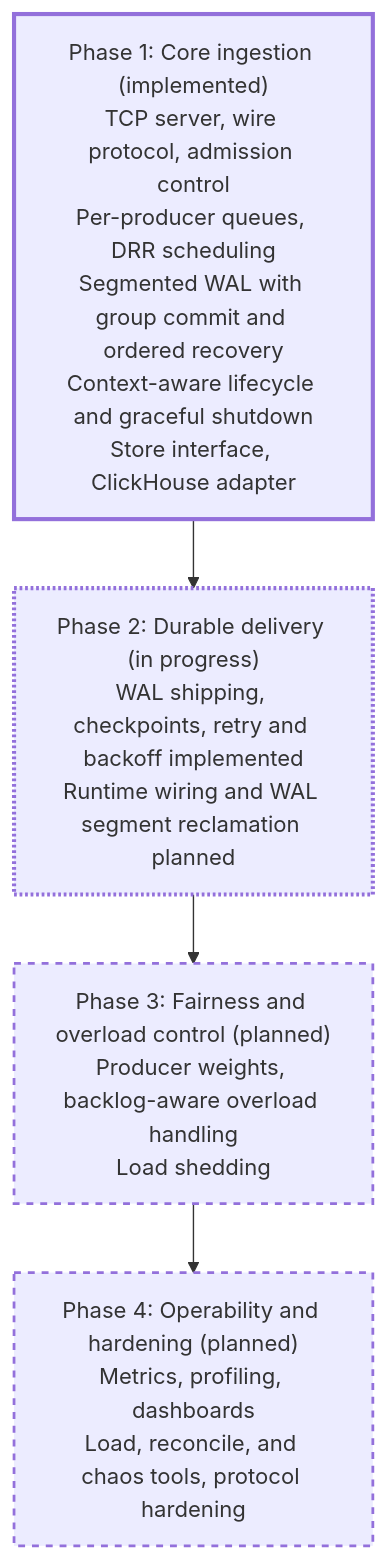
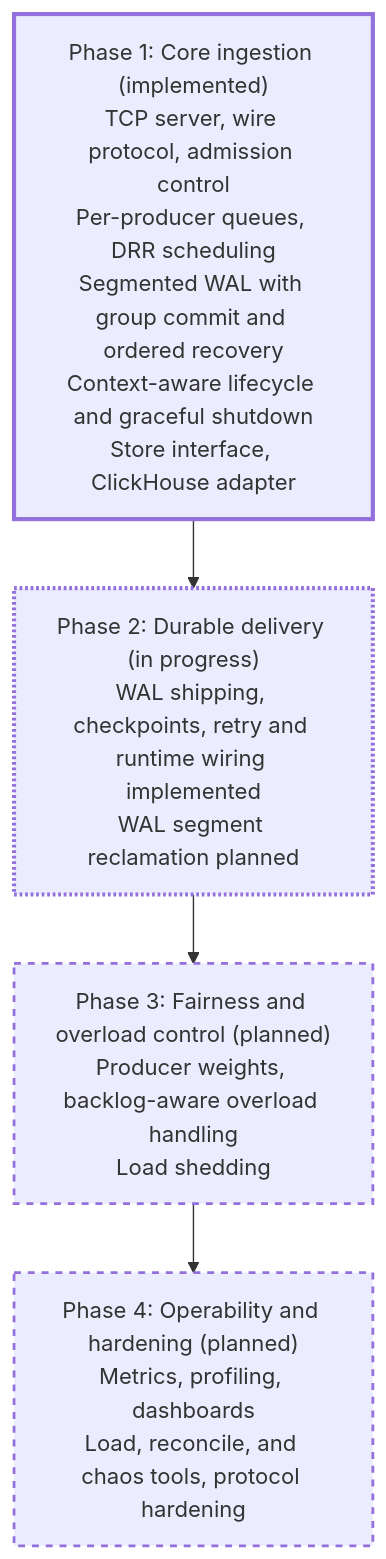
Before and after one commit to PratyushVishal11011/Fairgate: diagram 14 of 14 in README.md, drawn with Mermaid. The commit also changed other lines of this file and 4 other files, not shown here.

````diff
--- a/README.md
+++ b/README.md
@@ -637,16 +675,16 @@
 ```mermaid
 flowchart TD
     P1["Phase 1: Core ingestion (implemented)<br/>TCP server, wire protocol, admission control<br/>Per-producer queues, DRR scheduling<br/>Segmented WAL with group commit and ordered recovery<br/>Context-aware lifecycle and graceful shutdown<br/>Store interface, ClickHouse adapter"]
-    P2["Phase 2: Durable delivery (in progress)<br/>WAL shipping, checkpoints, retry and backoff implemented<br/>Runtime wiring and WAL segment reclamation planned"]
+    P2["Phase 2: Durable delivery (in progress)<br/>WAL shipping, checkpoints, retry and runtime wiring implemented<br/>WAL segment reclamation planned"]
     P3["Phase 3: Fairness and overload control (planned)<br/>Producer weights, backlog-aware overload handling<br/>Load shedding"]
     P4["Phase 4: Operability and hardening (planned)<br/>Metrics, profiling, dashboards<br/>Load, reconcile, and chaos tools, protocol hardening"]
 
     P1 --> P2 --> P3 --> P4
 
     classDef done stroke-width:3px;
     classDef active stroke-dasharray: 2 2,stroke-width:3px;
     classDef planned stroke-dasharray: 5 5,stroke-width:2px;
     class P1 done;
     class P2 active;
     class P3,P4 planned;
 ```
````
